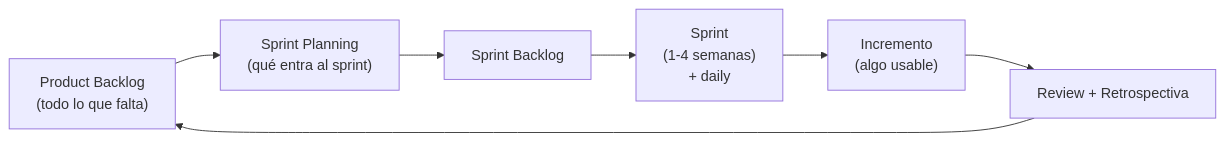
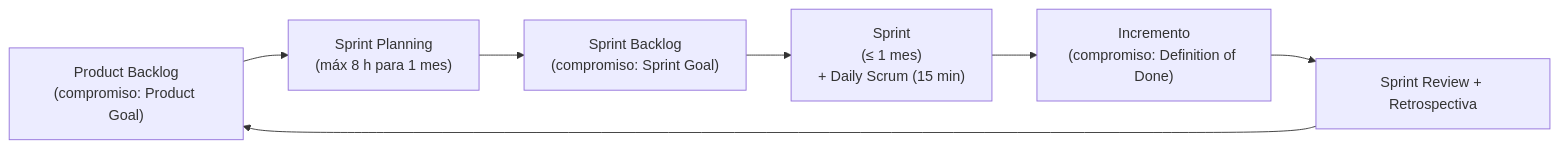
Before and after one commit to totogr/Tomas-Goncalves-Rei: the diagram in Materias/Gestión del Desarrollo de Sistemas de Información/Guías de estudio/04 - Construcción con Scrum.md, drawn with Mermaid. The commit also changed other lines of this file and 8 other files, not shown here.

````diff
--- a/Materias/Gestión del Desarrollo de Sistemas de Información/Guías de estudio/04 - Construcción con Scrum.md
+++ b/Materias/Gestión del Desarrollo de Sistemas de Información/Guías de estudio/04 - Construcción con Scrum.md
@@ -28,9 +30,9 @@
 ```mermaid
 flowchart LR
-    A["Product Backlog<br/>(todo lo que falta)"] --> B["Sprint Planning<br/>(qué entra al sprint)"]
-    B --> C["Sprint Backlog"]
-    C --> D["Sprint<br/>(1-4 semanas)<br/>+ daily"]
-    D --> E["Incremento<br/>(algo usable)"]
-    E --> F["Review + Retrospectiva"]
+    A["Product Backlog<br/>(compromiso: Product Goal)"] --> B["Sprint Planning<br/>(máx 8 h para 1 mes)"]
+    B --> C["Sprint Backlog<br/>(compromiso: Sprint Goal)"]
+    C --> D["Sprint<br/>(≤ 1 mes)<br/>+ Daily Scrum (15 min)"]
+    D --> E["Incremento<br/>(compromiso: Definition of Done)"]
+    E --> F["Sprint Review + Retrospectiva"]
     F --> A
 ```
````
